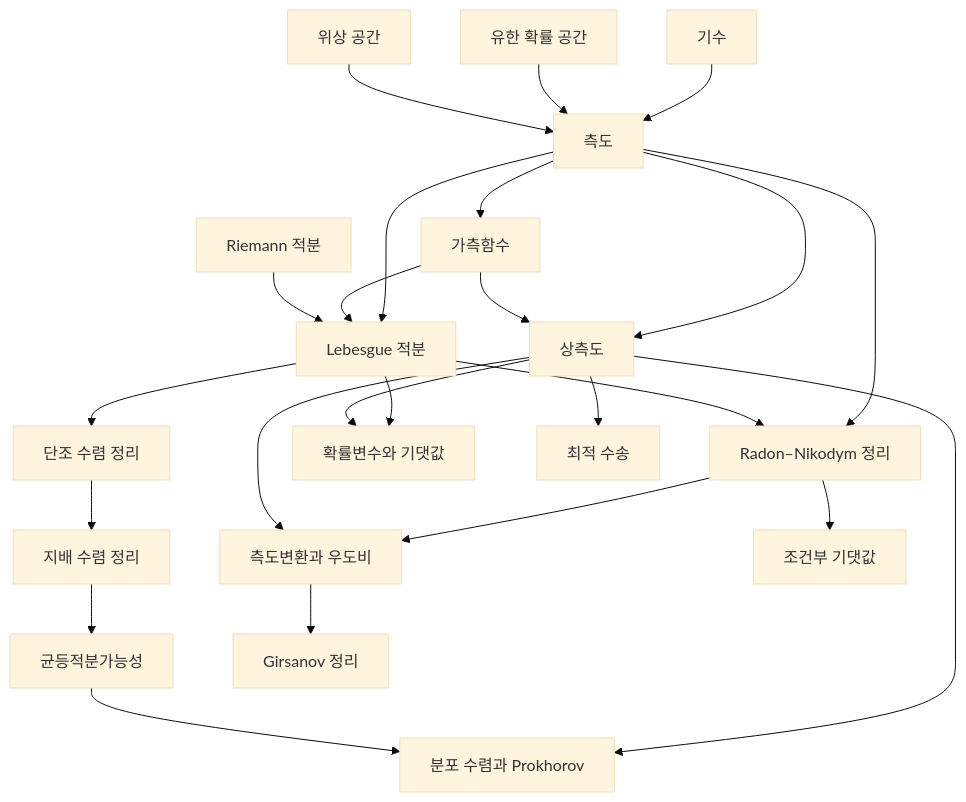
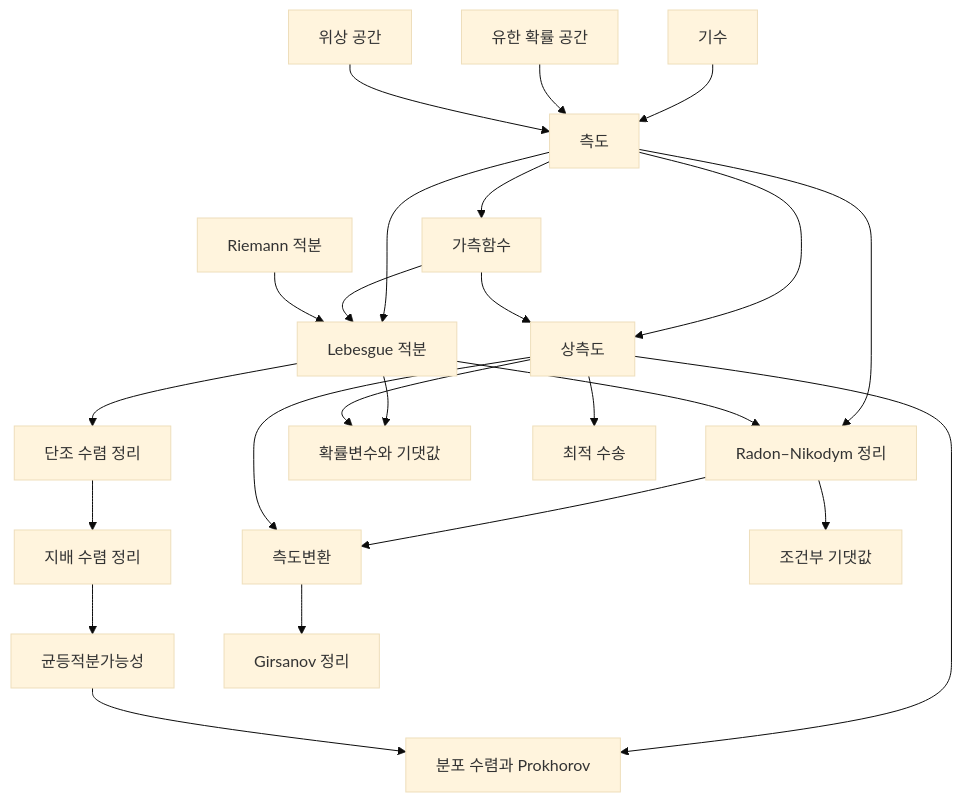
One commit to Phryxia/math-map changed the diagram in docs/measure-theory-overview.md. Above: the diagram before and after it, drawn with Mermaid (base theme). The commit also changed other lines of this file and 45 other files, not shown here.

````diff
--- a/docs/measure-theory-overview.md
+++ b/docs/measure-theory-overview.md
@@ -13,26 +13,26 @@
 ```mermaid
 graph TD
   CA["기수"] --> ME["측도"]
   PR["유한 확률 공간"] --> ME
   TO["위상 공간"] --> ME
   ME --> MF["가측함수"]
   ME --> LI["Lebesgue 적분"]
   MF --> LI
   RI["Riemann 적분"] --> LI
   ME --> PM["상측도"]
   MF --> PM
   ME --> RN["Radon–Nikodym 정리"]
   LI --> RN
   LI --> MC["단조 수렴 정리"]
   MC --> DC["지배 수렴 정리"]
   DC --> UI["균등적분가능성"]
   LI --> RV["확률변수와 기댓값"]
   PM --> RV
   PM --> WC["분포 수렴과 Prokhorov"]
   UI --> WC
   PM --> OT["최적 수송"]
-  RN --> CM["측도변환과 우도비"]
+  RN --> CM["측도변환"]
   PM --> CM
   RN --> CE["조건부 기댓값"]
   CM --> GS["Girsanov 정리"]
 ```
````
